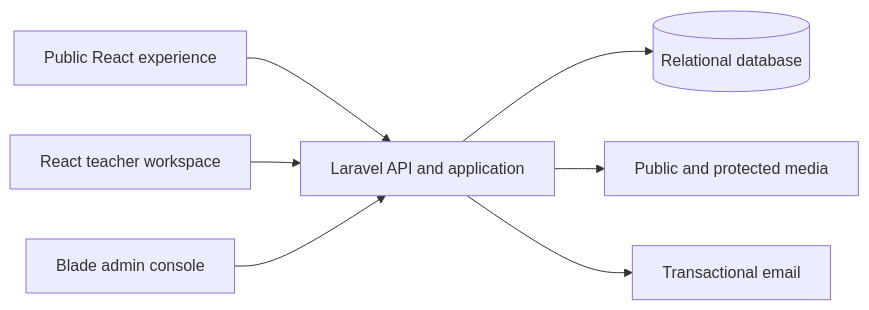
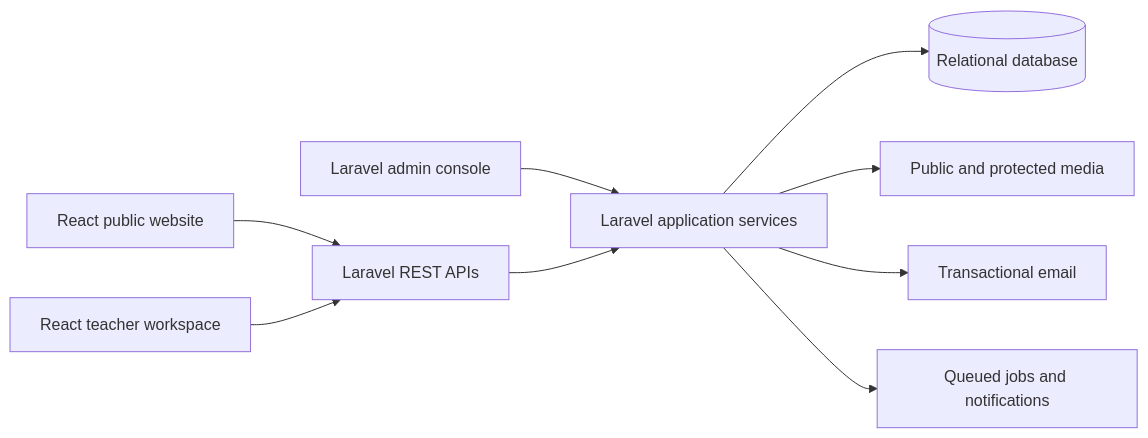
Before and after one commit to kajolmehra/codebloom-learning-platform: the second of 2 diagrams in README.md, drawn with Mermaid. The commit also changed other lines of this file and 2 other files, not shown here.

````diff
--- a/README.md
+++ b/README.md
@@ -72,9 +98,11 @@
 ```mermaid
 flowchart LR
-    Public[Public React experience] --> API[Laravel API and application]
+    Public[React public website] --> API[Laravel REST APIs]
     Teacher[React teacher workspace] --> API
-    Admin[Blade admin console] --> API
-    API --> DB[(Relational database)]
-    API --> Media[Public and protected media]
-    API --> Mail[Transactional email]
+    Admin[Laravel admin console] --> Core[Laravel application services]
+    API --> Core
+    Core --> DB[(Relational database)]
+    Core --> Media[Public and protected media]
+    Core --> Mail[Transactional email]
+    Core --> Jobs[Queued jobs and notifications]
 ```
````
